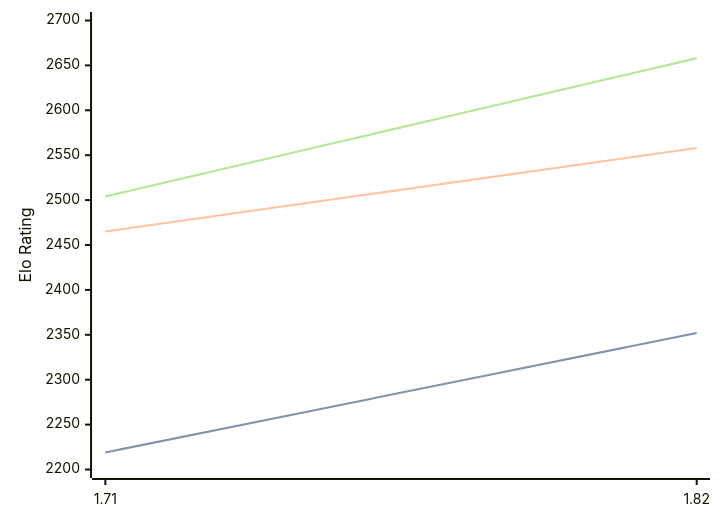
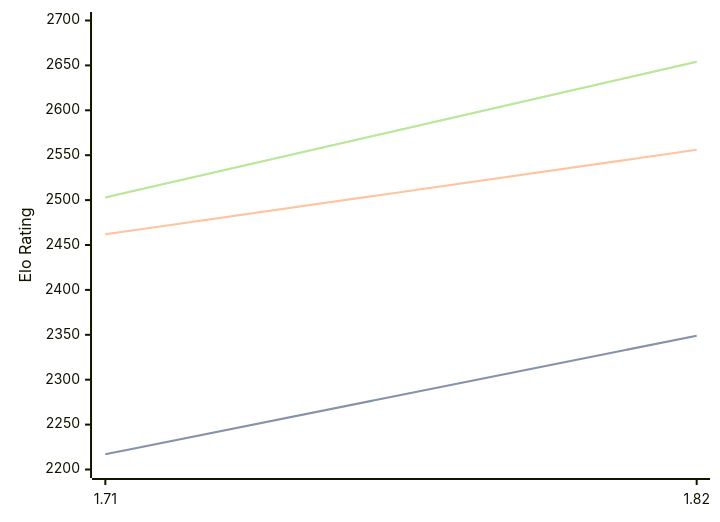
Before and after one commit to computer-chess-index/cci: the diagram in engines/Amira.md, drawn with Mermaid. The commit also changed other lines of this file, not shown here.

Commit message:
Update CCI Ratings (ELO VLTC) - 2026-04-01

````diff
--- a/engines/Amira.md
+++ b/engines/Amira.md
@@ -35,11 +35,11 @@
 ```mermaid
 %%{init: {"theme":"base","themeVariables":{"seriesColors:['#a3a3a3','#222221','#faa371']}}}%%
 xychart-beta
   x-axis ["1.71", "1.82"]
   y-axis "Elo Rating" 2200 --> 2700
-  line "STC (8.0+0.08s)" [2219, 2352]
-  line "STC (8.0+0.08s)" [2219, 2352]
-  line "LTC (60.0+0.60s)" [2465, 2558]
-  line "VLTC (2m24s+1.12s)" [2504, 2658]
-  line "VLTC (2m24s+1.12s)" [2504, 2658]
+  line "STC (8.0+0.08s)" [2217, 2349]
+  line "STC (8.0+0.08s)" [2217, 2349]
+  line "LTC (60.0+0.60s)" [2462, 2556]
+  line "VLTC (2m24s+1.12s)" [2503, 2654]
+  line "VLTC (2m24s+1.12s)" [2503, 2654]
 ```
````
